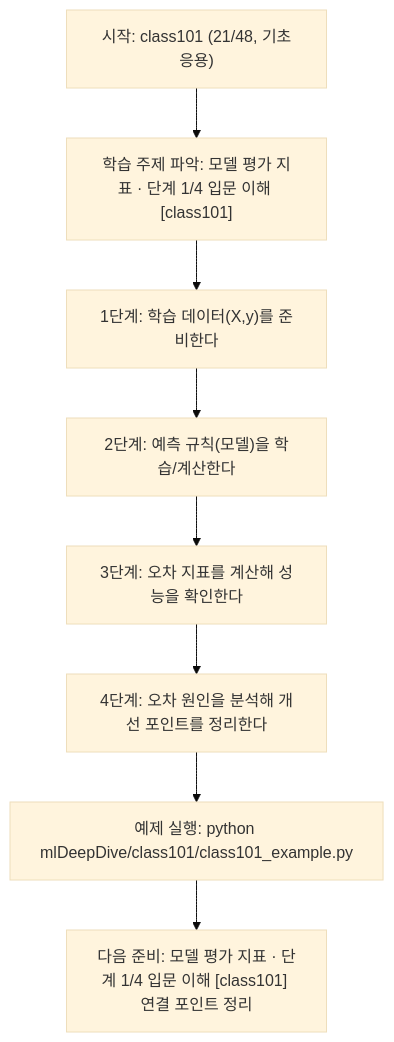
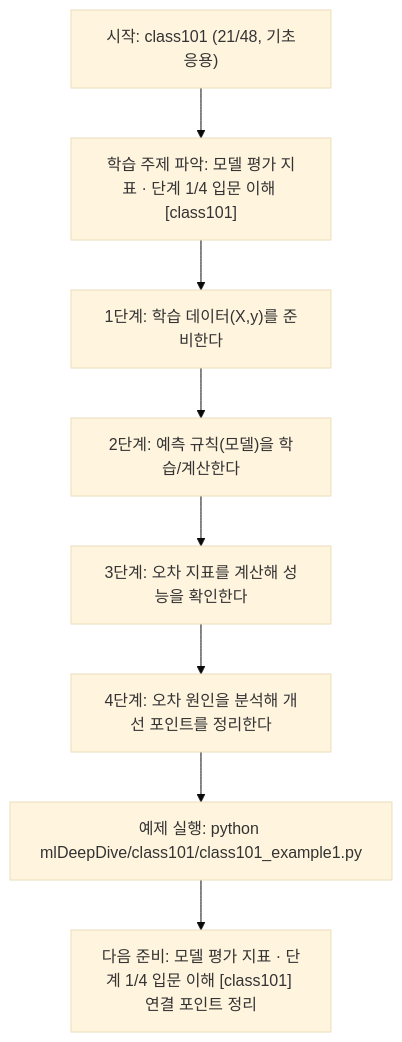
The diagram in mlDeepDive/class101/class101.md (edumgt/Python-AI_Agent-Class), drawn with Mermaid (base theme) before and after one commit. The commit also changed other lines of this file and 2959 other files, not shown here.

````diff
--- a/mlDeepDive/class101/class101.md
+++ b/mlDeepDive/class101/class101.md
@@ -110,18 +110,18 @@
 ```mermaid
 flowchart TD
 N1["시작: class101 (21/48, 기초응용)"]
 N2["학습 주제 파악: 모델 평가 지표 · 단계 1/4 입문 이해 [class101]"]
 N3["1단계: 학습 데이터(X,y)를 준비한다"]
 N4["2단계: 예측 규칙(모델)을 학습/계산한다"]
 N5["3단계: 오차 지표를 계산해 성능을 확인한다"]
 N6["4단계: 오차 원인을 분석해 개선 포인트를 정리한다"]
-N7["예제 실행: python mlDeepDive/class101/class101_example.py"]
+N7["예제 실행: python mlDeepDive/class101/class101_example1.py"]
 N8["다음 준비: 모델 평가 지표 · 단계 1/4 입문 이해 [class101] 연결 포인트 정리"]
 N1 --> N2
 N2 --> N3
 N3 --> N4
 N4 --> N5
 N5 --> N6
 N6 --> N7
 N7 --> N8
 ```
````
